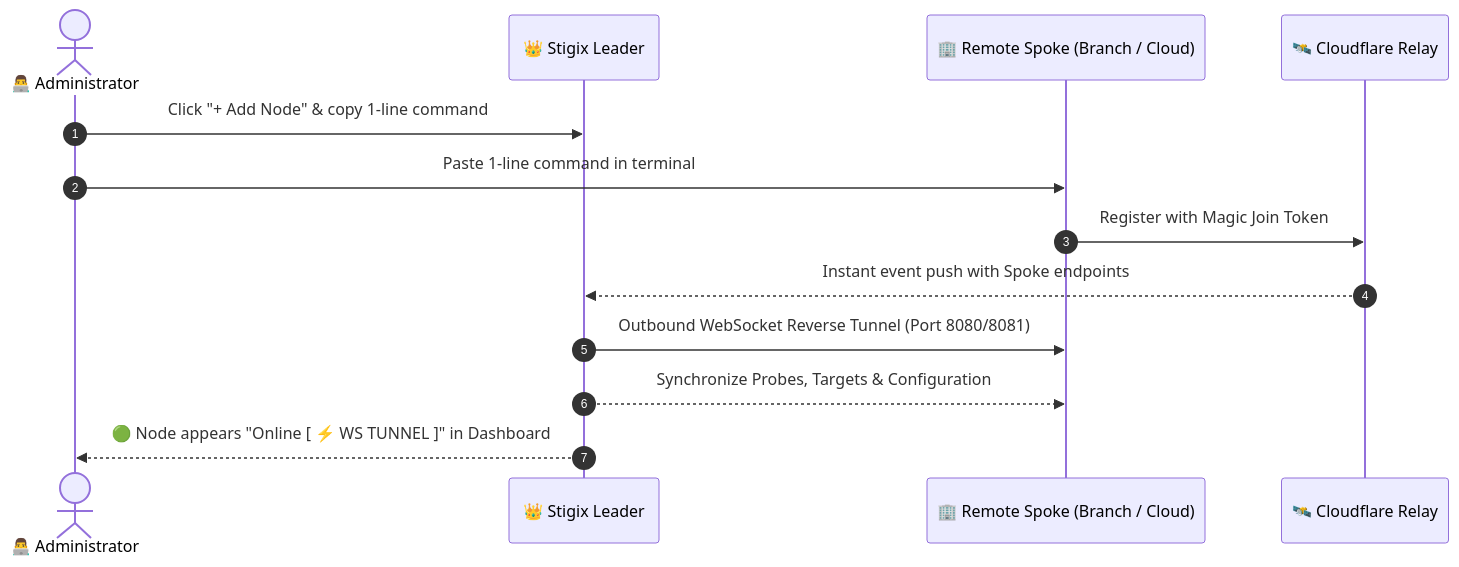
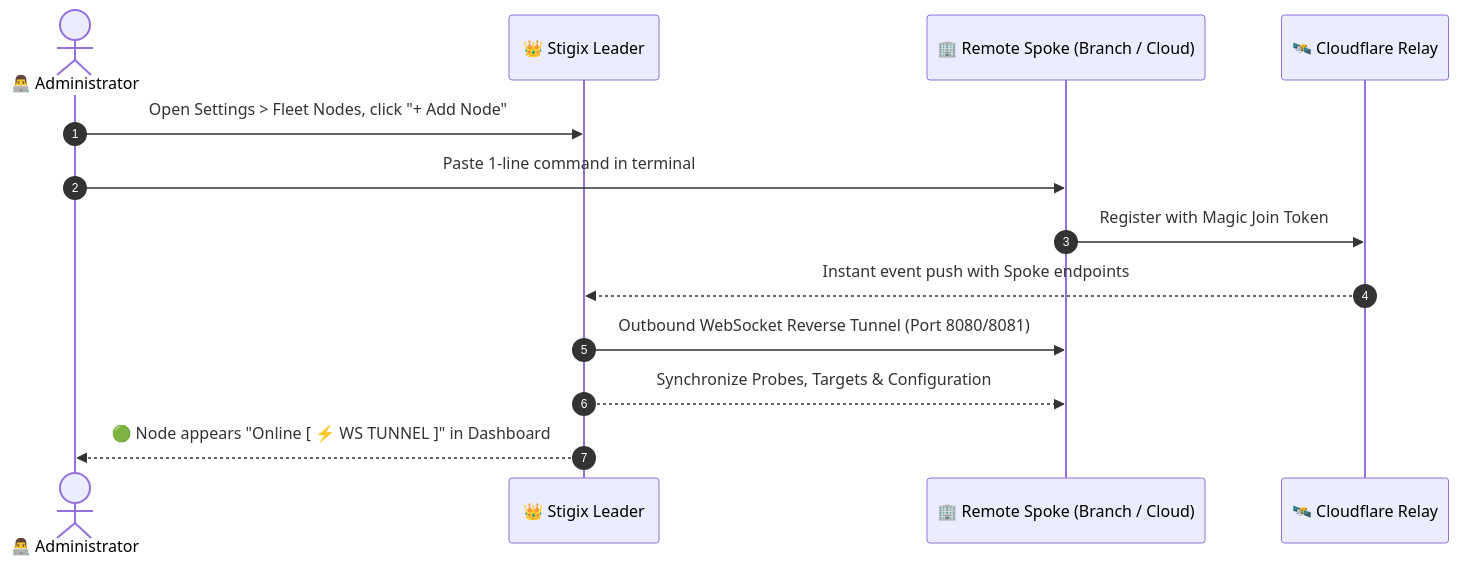
One commit to jsuzanne/stigix changed the diagram in docs/QUICK_START.md. Above: the diagram before and after it, drawn with Mermaid. The commit also changed other lines of this file and 6 other files, not shown here.

````diff
--- a/docs/QUICK_START.md
+++ b/docs/QUICK_START.md
@@ -44,16 +45,16 @@
 ```mermaid
 sequenceDiagram
     autonumber
     actor Admin as 👨‍💻 Administrator
     participant Leader as 👑 Stigix Leader
     participant Spoke as 🏢 Remote Spoke (Branch / Cloud)
     participant Relay as 🛰️ Cloudflare Relay
 
-    Admin->>Leader: Click "+ Add Node" & copy 1-line command
+    Admin->>Leader: Open Settings > Fleet Nodes, click "+ Add Node"
     Admin->>Spoke: Paste 1-line command in terminal
     Spoke->>Relay: Register with Magic Join Token
     Relay-->>Leader: Instant event push with Spoke endpoints
     Leader->>Spoke: Outbound WebSocket Reverse Tunnel (Port 8080/8081)
     Leader-->>Spoke: Synchronize Probes, Targets & Configuration
     Leader-->>Admin: 🟢 Node appears "Online [ ⚡ WS TUNNEL ]" in Dashboard
 ```
````
